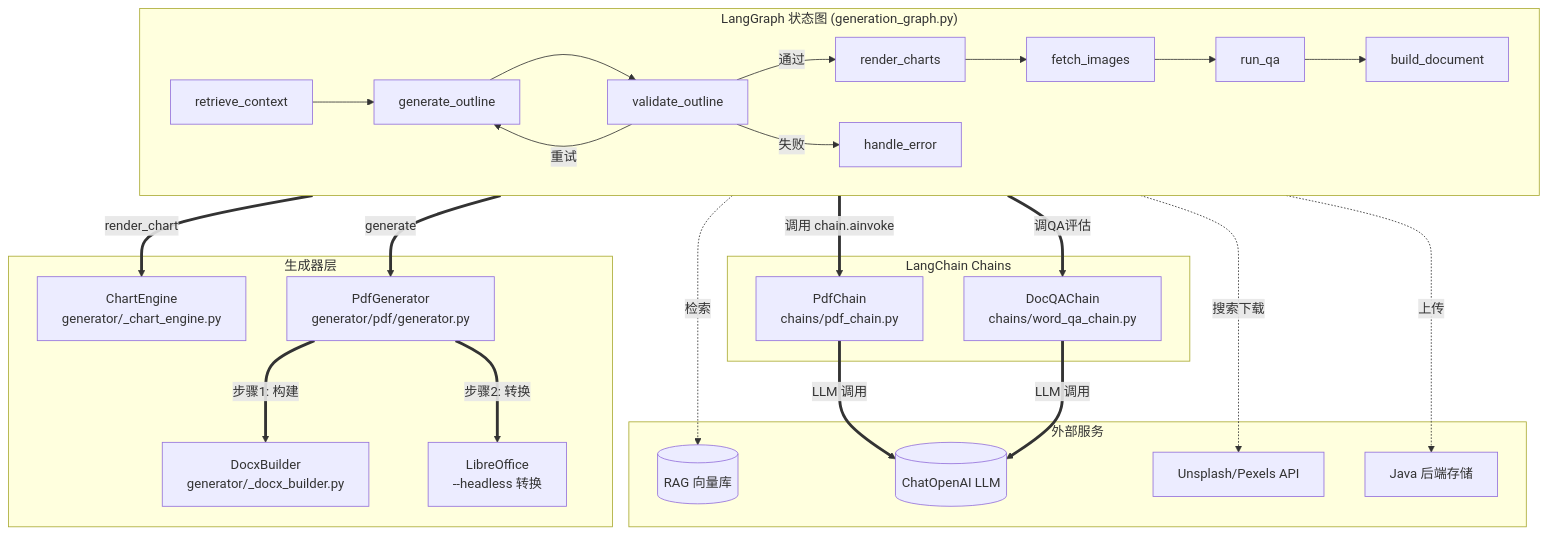
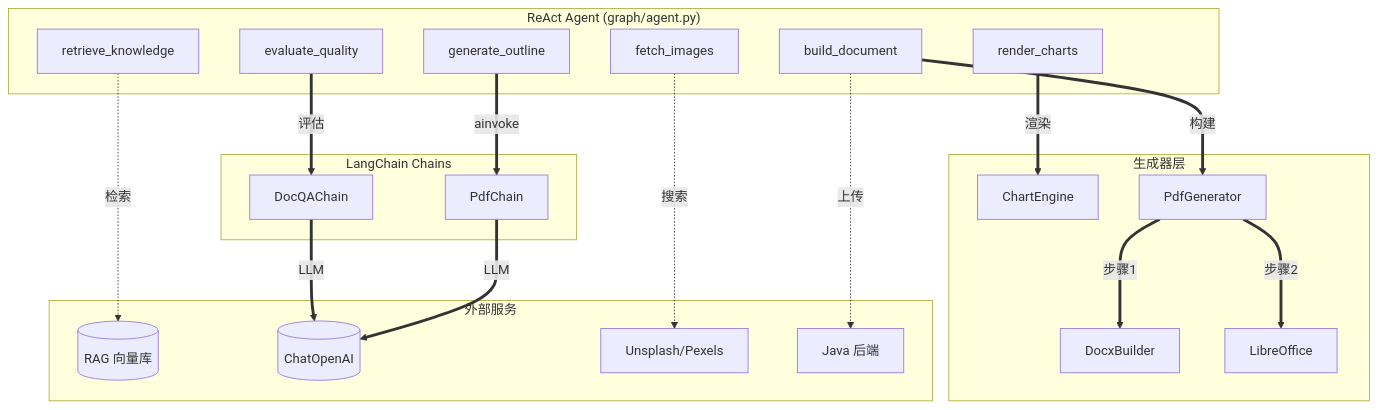
Before and after one commit to ForeverGreenDam/BirdHelp-AI: the second of 2 diagrams in doc/graph/PDF_GENERATION.md, drawn with Mermaid. The commit also changed other lines of this file and 10 other files, not shown here.

Commit message:
(feat): 重构文档生成架构为 ReAct Agent，自主编排生成流程，优化 RabbitMQ 消费逻辑

````diff
--- a/doc/graph/PDF_GENERATION.md
+++ b/doc/graph/PDF_GENERATION.md
@@ -168,54 +148,42 @@
 ```mermaid
 graph TB
-    subgraph Graph["LangGraph 状态图 (generation_graph.py)"]
-        direction LR
-        N1[retrieve_context]
-        N2[generate_outline]
-        N3[validate_outline]
-        N4[render_charts]
-        N5[fetch_images]
-        N6[run_qa]
-        N7[build_document]
-        N8[handle_error]
-
-        N1 --> N2
-        N2 --> N3
-        N3 -->|通过| N4
-        N3 -->|重试| N2
-        N3 -->|失败| N8
-        N4 --> N5
-        N5 --> N6
-        N6 --> N7
+    subgraph Agent["ReAct Agent (graph/agent.py)"]
+        T1[retrieve_knowledge]
+        T2[generate_outline]
+        T3[render_charts]
+        T4[fetch_images]
+        T5[evaluate_quality]
+        T6[build_document]
     end
 
     subgraph Chains["LangChain Chains"]
-        PC[PdfChain<br/>chains/pdf_chain.py]
-        QA[DocQAChain<br/>chains/word_qa_chain.py]
+        PC[PdfChain]
+        QA[DocQAChain]
     end
 
     subgraph Generator["生成器层"]
-        CE[ChartEngine<br/>generator/_chart_engine.py]
-        DB[DocxBuilder<br/>generator/_docx_builder.py]
-        PG[PdfGenerator<br/>generator/pdf/generator.py]
-        LO[LibreOffice<br/>--headless 转换]
+        CE[ChartEngine]
+        DB[DocxBuilder]
+        PG[PdfGenerator]
+        LO[LibreOffice]
     end
 
     subgraph External["外部服务"]
         RAG[(RAG 向量库)]
-        LLM[(ChatOpenAI LLM)]
-        UP[Unsplash/Pexels API]
-        JAVA[Java 后端存储]
+        LLM[(ChatOpenAI)]
+        UP[Unsplash/Pexels]
+        JAVA[Java 后端]
     end
 
-    N1 -.->|检索| RAG
-    N2 ==>|调用 chain.ainvoke| PC
-    PC ==>|LLM 调用| LLM
-    N4 ==>|render_chart| CE
-    N5 -.->|搜索下载| UP
-    N6 ==>|调QA评估| QA
-    QA ==>|LLM 调用| LLM
-    N7 ==>|generate| PG
-    PG ==>|步骤1: 构建| DB
-    PG ==>|步骤2: 转换| LO
-    N7 -.->|上传| JAVA
+    T1 -.->|检索| RAG
+    T2 ==>|ainvoke| PC
+    PC ==>|LLM| LLM
+    T3 ==>|渲染| CE
+    T4 -.->|搜索| UP
+    T5 ==>|评估| QA
+    QA ==>|LLM| LLM
+    T6 ==>|构建| PG
+    PG ==>|步骤1| DB
+    PG ==>|步骤2| LO
+    T6 -.->|上传| JAVA
 ```
````
